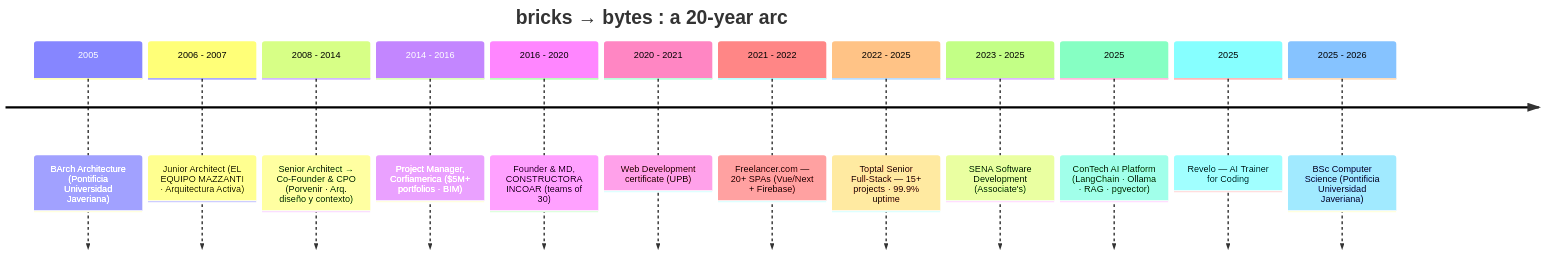
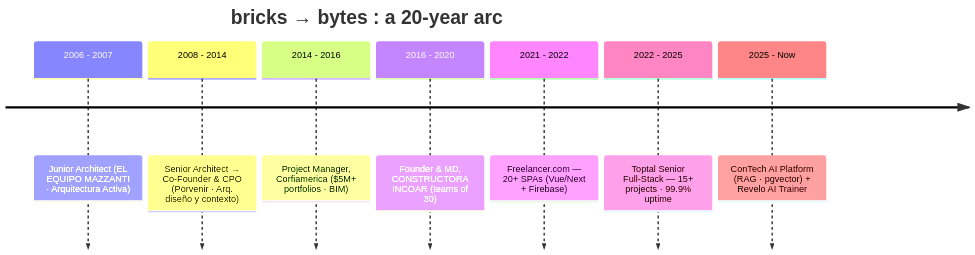
Before and after one commit to edxeme/edxeme: the first of 2 diagrams in README.md, drawn with Mermaid. The commit also changed other lines of this file, not shown here.

````diff
--- a/README.md
+++ b/README.md
@@ -182,16 +165,11 @@
 ```mermaid
 timeline
     title bricks → bytes : a 20-year arc
-    2005          : BArch Architecture (Pontificia Universidad Javeriana)
     2006 - 2007   : Junior Architect (EL EQUIPO MAZZANTI · Arquitectura Activa)
     2008 - 2014   : Senior Architect → Co-Founder & CPO (Porvenir · Arq. diseño y contexto)
     2014 - 2016   : Project Manager, Corfiamerica ($5M+ portfolios · BIM)
     2016 - 2020   : Founder & MD, CONSTRUCTORA INCOAR (teams of 30)
-    2020 - 2021   : Web Development certificate (UPB)
     2021 - 2022   : Freelancer.com — 20+ SPAs (Vue/Next + Firebase)
     2022 - 2025   : Toptal Senior Full-Stack — 15+ projects · 99.9% uptime
-    2023 - 2025   : SENA Software Development (Associate's)
-    2025          : ConTech AI Platform (LangChain · Ollama · RAG · pgvector)
-    2025          : Revelo — AI Trainer for Coding
-    2025 - 2026   : BSc Computer Science (Pontificia Universidad Javeriana)
+    2025 - Now    : ConTech AI Platform (RAG · pgvector) + Revelo AI Trainer
 ```
````
